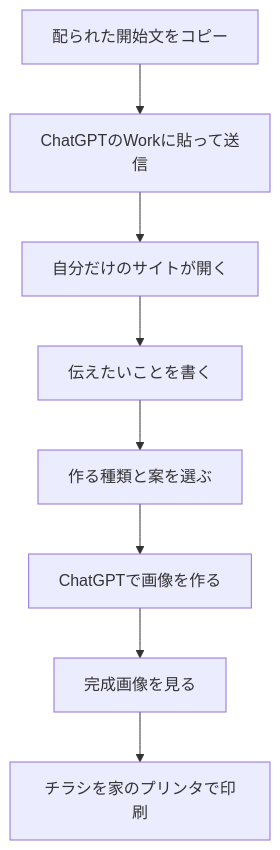
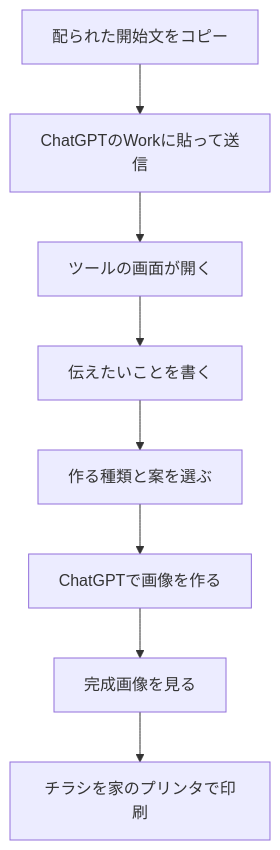
Before and after one commit to kaerukadate1/terakoya-ai-kit: the first of 2 diagrams in flyer-sns/手順.md, drawn with Mermaid. The commit also changed other lines of this file and 14 other files, not shown here.

````diff
--- a/flyer-sns/手順.md
+++ b/flyer-sns/手順.md
@@ -19,10 +19,10 @@
 ```mermaid
 flowchart TD
   A[配られた開始文をコピー] --> B[ChatGPTのWorkに貼って送信]
-  B --> C[自分だけのサイトが開く]
+  B --> C[ツールの画面が開く]
   C --> D[伝えたいことを書く]
   D --> E[作る種類と案を選ぶ]
   E --> F[ChatGPTで画像を作る]
   F --> G[完成画像を見る]
   G --> H[チラシを家のプリンタで印刷]
 ```
````
